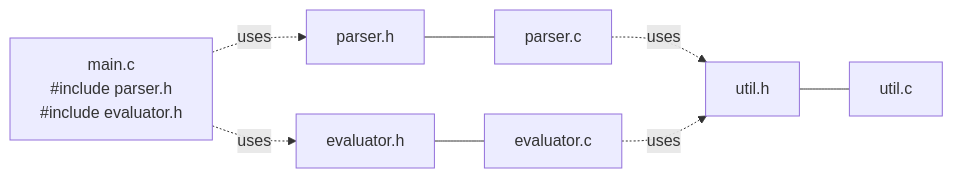
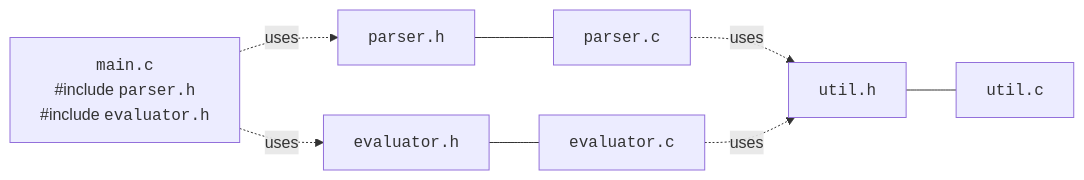
The second of 2 diagrams in content/learn/c-programming-for-beginners/scope-and-modularity.mdx (dataslope/dataslope), drawn with Mermaid before and after one commit. The commit also changed 218 other files, not shown here.

First line of the commit message:
Render code-only mermaid shapes in monospace; convert step sequences to Steps (#467)

````diff
--- a/content/learn/c-programming-for-beginners/scope-and-modularity.mdx
+++ b/content/learn/c-programming-for-beginners/scope-and-modularity.mdx
@@ -164,10 +164,10 @@
 ```mermaid
 flowchart LR
-    M[main.c<br/>#include parser.h<br/>#include evaluator.h] -.uses.-> PH[parser.h]
-    M -.uses.-> EH[evaluator.h]
-    PH --- P[parser.c]
-    EH --- E[evaluator.c]
-    P -.uses.-> UH[util.h]
+    M["<code>main.c</code><br/>#include <code>parser.h</code><br/>#include <code>evaluator.h</code>"] -.uses.-> PH["<code>parser.h</code>"]
+    M -.uses.-> EH["<code>evaluator.h</code>"]
+    PH --- P["<code>parser.c</code>"]
+    EH --- E["<code>evaluator.c</code>"]
+    P -.uses.-> UH["<code>util.h</code>"]
     E -.uses.-> UH
-    UH --- U[util.c]
+    UH --- U["<code>util.c</code>"]
 ```
````
